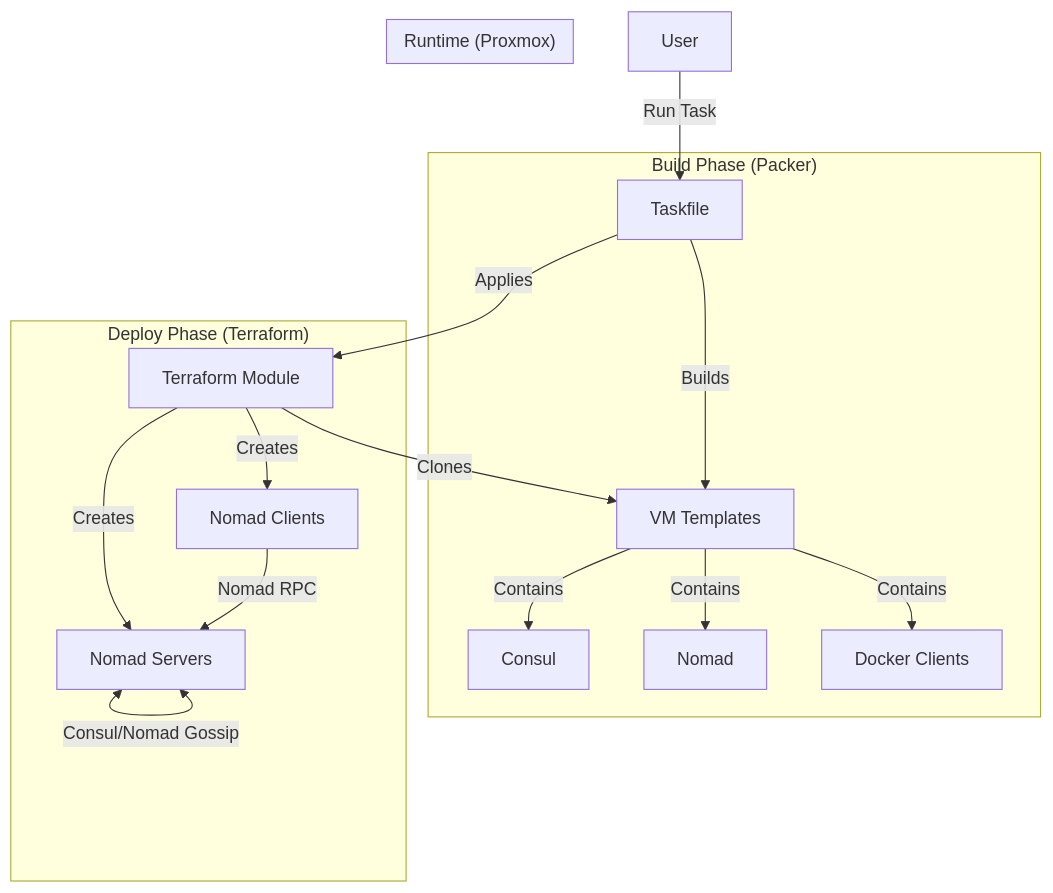
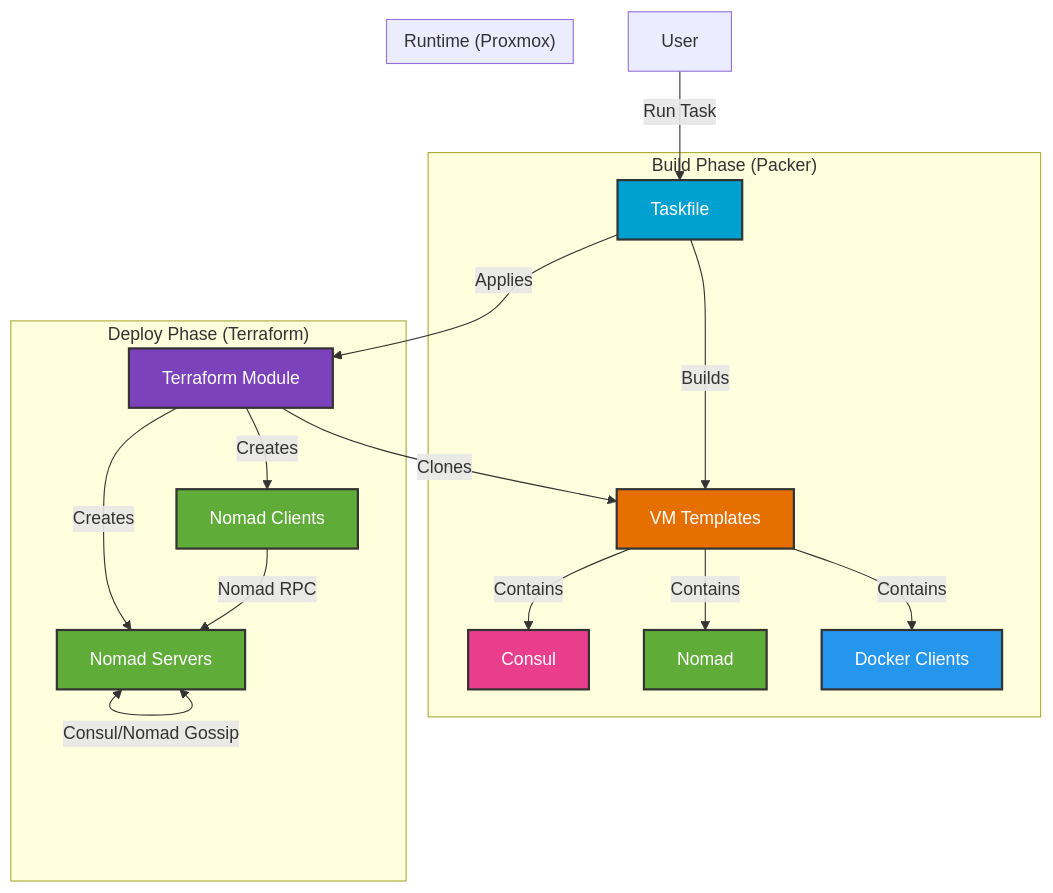
Before and after one commit to jharter1/hashi_homelab: the diagram in README.md, drawn with Mermaid.

Commit message:
feat: Enhance architecture diagram with additional styling for components

````diff
--- a/README.md
+++ b/README.md
@@ -18,23 +18,33 @@
 ```mermaid
 graph TD
     User[User] -->|Run Task| Taskfile
     
     subgraph "Build Phase (Packer)"
         Taskfile -->|Builds| Template[VM Templates]
         Template -->|Contains| Consul
         Template -->|Contains| Nomad
         Template -->|Contains| Docker[Docker Clients]
     end
     
     subgraph "Deploy Phase (Terraform)"
         Taskfile -->|Applies| TF[Terraform Module]
         TF -->|Clones| Template
         TF -->|Creates| Server[Nomad Servers]
         TF -->|Creates| Client[Nomad Clients]
     end
     
     subgraph "Runtime (Proxmox)"
         Server <-->|Consul/Nomad Gossip| Server
         Client -->|Nomad RPC| Server
     end
+
+    %% Styling
+    style Consul fill:#e93e8c,stroke:#333,stroke-width:2px,color:white
+    style Nomad fill:#60ac39,stroke:#333,stroke-width:2px,color:white
+    style Docker fill:#2496ed,stroke:#333,stroke-width:2px,color:white
+    style TF fill:#7b42bc,stroke:#333,stroke-width:2px,color:white
+    style Taskfile fill:#00A0D0,stroke:#333,stroke-width:2px,color:white
+    style Template fill:#E57000,stroke:#333,stroke-width:2px,color:white
+    style Server fill:#60ac39,stroke:#333,stroke-width:2px,color:white
+    style Client fill:#60ac39,stroke:#333,stroke-width:2px,color:white
 ```
````
